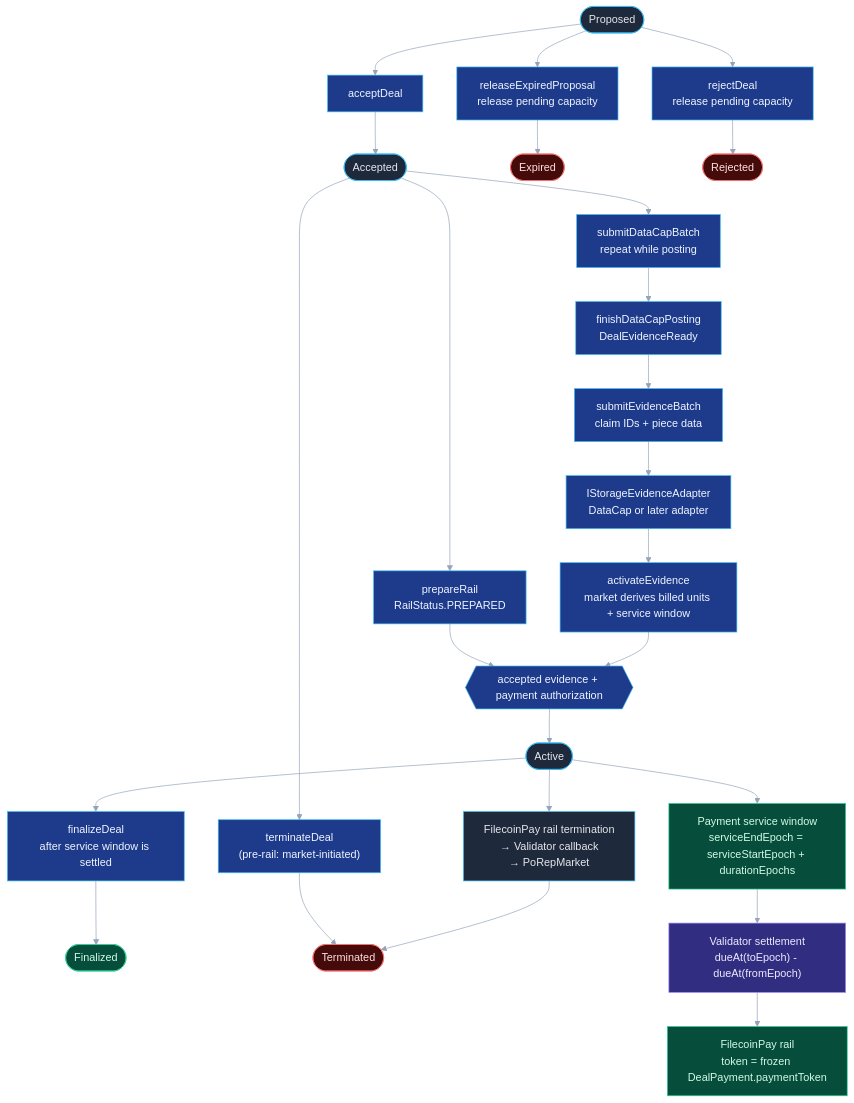
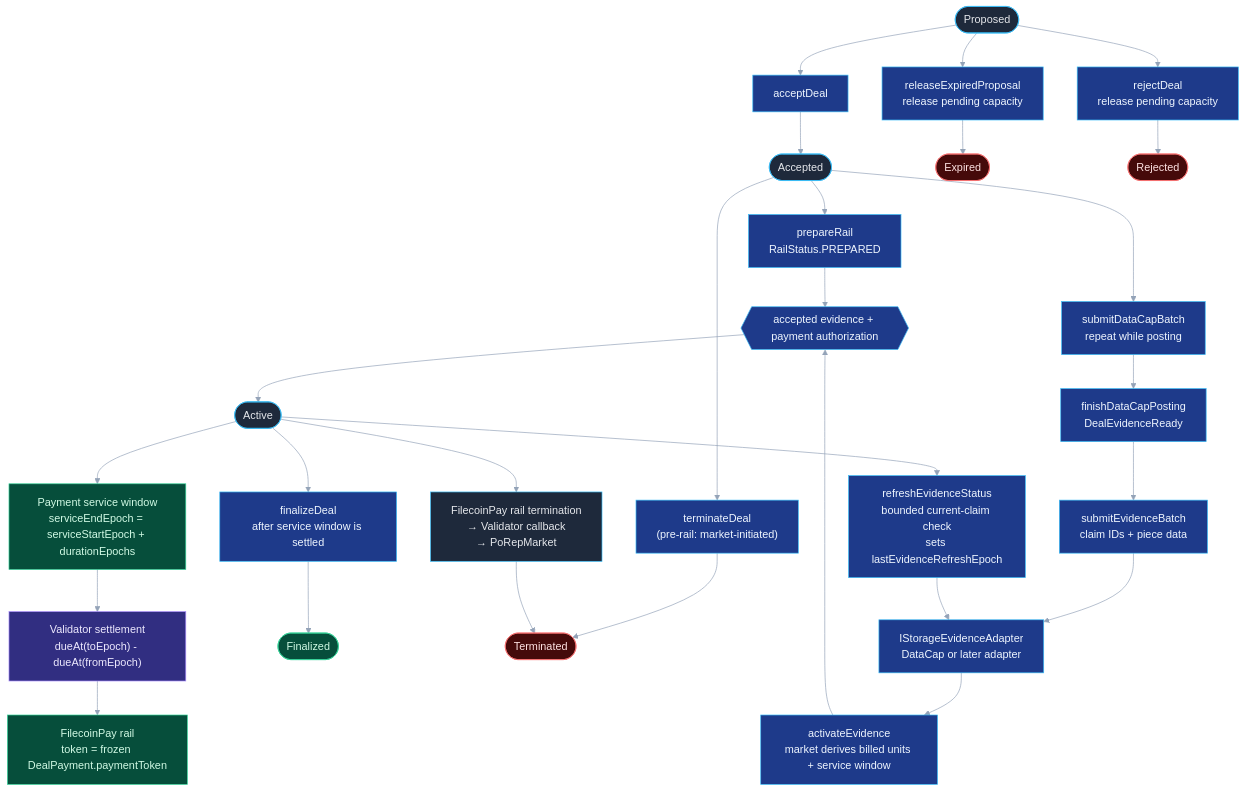
One commit to fidlabs/porep-market changed the second of 2 diagrams in docs/specs/porep-v2-architecture-diagrams.md. Above: the diagram before and after it, drawn with Mermaid. The commit also changed 8 other files, not shown here.

Commit message:
docs: require trustless evidence refresh before settlement

````diff
--- a/docs/specs/porep-v2-architecture-diagrams.md
+++ b/docs/specs/porep-v2-architecture-diagrams.md
@@ -52,53 +52,55 @@
 ```mermaid
 %%{init: {"theme": "base", "themeVariables": {"background": "#0f172a", "mainBkg": "#1e293b", "primaryColor": "#1e293b", "primaryTextColor": "#e5e7eb", "primaryBorderColor": "#38bdf8", "lineColor": "#94a3b8", "secondaryColor": "#064e3b", "secondaryTextColor": "#d1fae5", "secondaryBorderColor": "#34d399", "tertiaryColor": "#422006", "tertiaryTextColor": "#ffedd5", "tertiaryBorderColor": "#f59e0b", "clusterBkg": "#111827", "clusterBorder": "#475569", "edgeLabelBackground": "#0f172a", "fontFamily": "ui-monospace, SFMono-Regular, Menlo, Monaco, Consolas, monospace"}}}%%
 flowchart TB
     proposed(["Proposed"])
     acceptAction["acceptDeal"]
     accepted(["Accepted"])
     railPrep["prepareRail<br/>RailStatus.PREPARED"]
     datacapBatch["submitDataCapBatch<br/>repeat while posting"]
     datacapReady["finishDataCapPosting<br/>DealEvidenceReady"]
     evidenceBatch["submitEvidenceBatch<br/>claim IDs + piece data"]
     adapter["IStorageEvidenceAdapter<br/>DataCap or later adapter"]
     evidenceAction["activateEvidence<br/>market derives billed units + service window"]
     activationGate{{"accepted evidence + payment authorization"}}
     active(["Active"])
+    refreshAction["refreshEvidenceStatus<br/>bounded current-claim check<br/>sets lastEvidenceRefreshEpoch"]
     finalizeAction["finalizeDeal<br/>after service window is settled"]
     finalized(["Finalized"])
     expireAction["releaseExpiredProposal<br/>release pending capacity"]
     expired(["Expired"])
     rejectAction["rejectDeal<br/>release pending capacity"]
     rejected(["Rejected"])
     terminateFromAccepted["terminateDeal<br/>(pre-rail: market-initiated)"]
     railTermination["FilecoinPay rail termination<br/>→ Validator callback<br/>→ PoRepMarket"]
     terminated(["Terminated"])
 
     proposed --> acceptAction --> accepted
     proposed --> expireAction --> expired
     proposed --> rejectAction --> rejected
 
     accepted --> railPrep
     accepted --> datacapBatch --> datacapReady --> evidenceBatch --> adapter --> evidenceAction
     railPrep --> activationGate
     evidenceAction --> activationGate
     activationGate --> active
     accepted --> terminateFromAccepted --> terminated
     active --> railTermination --> terminated
     active --> finalizeAction --> finalized
 
     active --> service["Payment service window<br/>serviceEndEpoch = serviceStartEpoch + durationEpochs"]
+    active --> refreshAction --> adapter
     service --> validator["Validator settlement<br/>dueAt(toEpoch) - dueAt(fromEpoch)"]
     validator --> filecoinPay["FilecoinPay rail<br/>token = frozen DealPayment.paymentToken"]
 
     classDef state fill:#1e293b,stroke:#38bdf8,color:#e5e7eb
     classDef final fill:#064e3b,stroke:#34d399,color:#d1fae5
     classDef stop fill:#450a0a,stroke:#f87171,color:#fee2e2
     classDef payment fill:#312e81,stroke:#a78bfa,color:#ede9fe
     classDef action fill:#1e3a8a,stroke:#38bdf8,color:#eff6ff
 
     class proposed,accepted,active state
     class finalized,service,filecoinPay final
     class expired,rejected,terminated stop
-    class acceptAction,railPrep,datacapBatch,datacapReady,evidenceBatch,adapter,evidenceAction,activationGate,finalizeAction,expireAction,rejectAction,terminateFromAccepted,terminateFromActive action
+    class acceptAction,railPrep,datacapBatch,datacapReady,evidenceBatch,adapter,evidenceAction,activationGate,refreshAction,finalizeAction,expireAction,rejectAction,terminateFromAccepted action
     class validator payment
 ```
````
